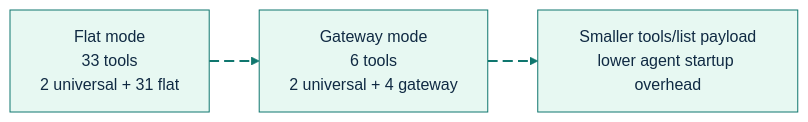
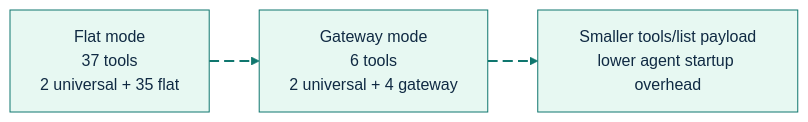
The ninth of 10 diagrams in README.md (GlitterKill/sdl-mcp), drawn with Mermaid before and after one commit. The commit also changed other lines of this file and 16 other files, not shown here.

````diff
--- a/README.md
+++ b/README.md
@@ -507,15 +511,15 @@
 ```mermaid
 %%{init: {"theme":"base","themeVariables":{"background":"#ffffff","primaryColor":"#E7F8F2","primaryBorderColor":"#0F766E","primaryTextColor":"#102A43","secondaryColor":"#E8F1FF","secondaryBorderColor":"#2563EB","secondaryTextColor":"#102A43","tertiaryColor":"#FFF4D6","tertiaryBorderColor":"#B45309","tertiaryTextColor":"#102A43","lineColor":"#0F766E","textColor":"#102A43","fontFamily":"Inter, ui-sans-serif, system-ui, -apple-system, BlinkMacSystemFont, Segoe UI, sans-serif"},"flowchart":{"curve":"basis","htmlLabels":true}}}%%
 flowchart LR
-    Before["Flat mode<br/>33 tools<br/>2 universal + 31 flat"] e1@--> After["Gateway mode<br/>6 tools<br/>2 universal + 4 gateway"]
+    Before["Flat mode<br/>37 tools<br/>2 universal + 35 flat"] e1@--> After["Gateway mode<br/>6 tools<br/>2 universal + 4 gateway"]
     After e2@--> Savings["Smaller tools/list payload<br/>lower agent startup overhead"]
 
     classDef source fill:#E7F8F2,stroke:#0F766E,stroke-width:2px,color:#102A43;
     classDef process fill:#E8F1FF,stroke:#2563EB,stroke-width:2px,color:#102A43;
     classDef decision fill:#FFF4D6,stroke:#B45309,stroke-width:2px,color:#102A43;
     classDef storage fill:#F2E8FF,stroke:#7C3AED,stroke-width:2px,color:#102A43;
     classDef output fill:#FFE8EF,stroke:#BE123C,stroke-width:2px,color:#102A43;
     classDef muted fill:#F8FAFC,stroke:#64748B,stroke-width:1px,color:#102A43;
     classDef animate stroke:#0F766E,stroke-width:2px,stroke-dasharray:10\,5,stroke-dashoffset:900,animation:dash 22s linear infinite;
     class e1,e2 animate;
 ```
````
